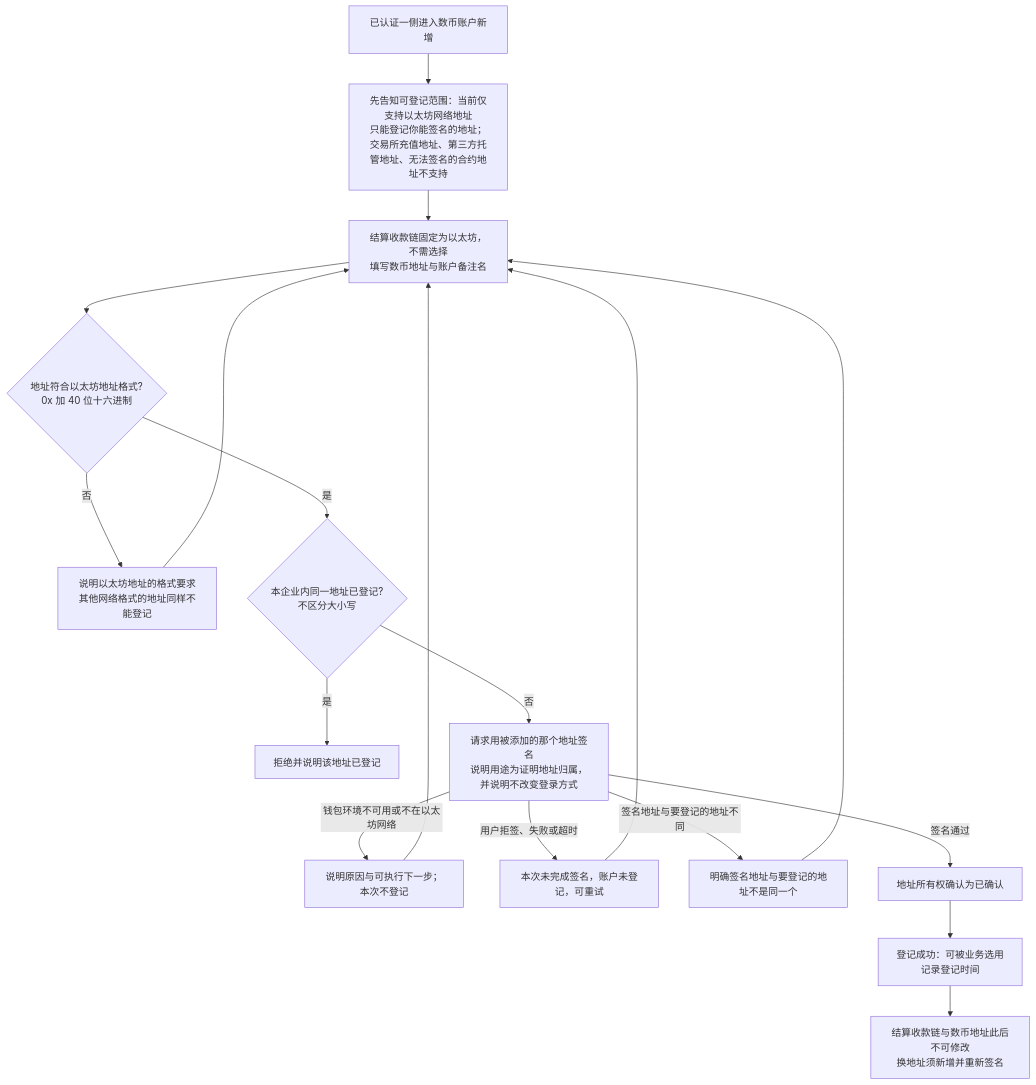
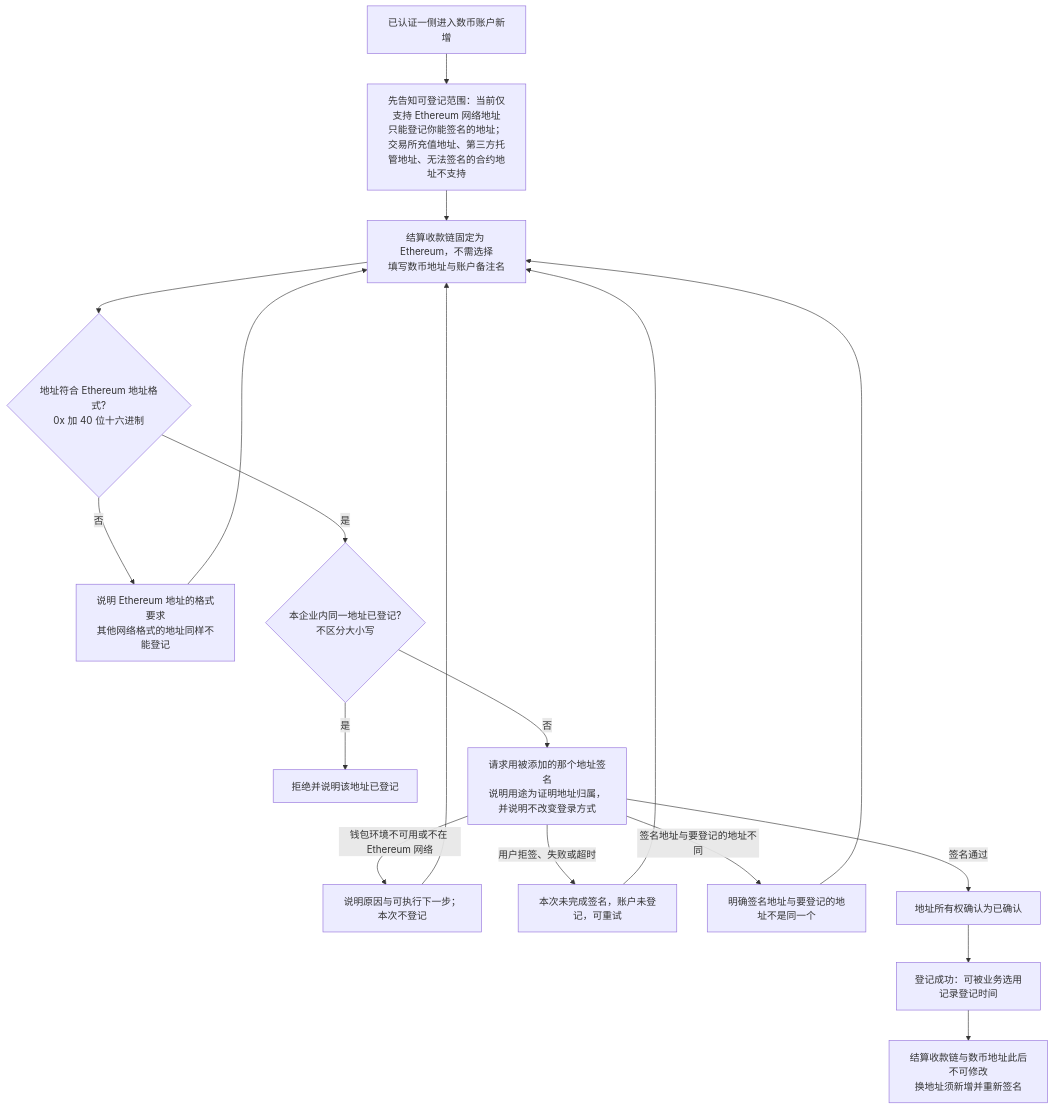
One commit to wxblockchain/Chain-Financing changed the third of 7 diagrams in lending-platform/PRD/面客端/03-企业账户/02-企业账户-流程图与状态机.md. Above: the diagram before and after it, drawn with Mermaid. The commit also changed other lines of this file and 15 other files, not shown here.

````diff
--- a/lending-platform/PRD/面客端/03-企业账户/02-企业账户-流程图与状态机.md
+++ b/lending-platform/PRD/面客端/03-企业账户/02-企业账户-流程图与状态机.md
@@ -74,20 +74,20 @@
 ```mermaid
 flowchart TD
-    A[已认证一侧进入数币账户新增] --> B[先告知可登记范围：当前仅支持以太坊网络地址<br/>只能登记你能签名的地址；交易所充值地址、第三方托管地址、无法签名的合约地址不支持]
-    B --> D[结算收款链固定为以太坊，不需选择<br/>填写数币地址与账户备注名]
-    D --> E{地址符合以太坊地址格式?<br/>0x 加 40 位十六进制}
-    E -->|否| F[说明以太坊地址的格式要求<br/>其他网络格式的地址同样不能登记]
+    A[已认证一侧进入数币账户新增] --> B[先告知可登记范围：当前仅支持 Ethereum 网络地址<br/>只能登记你能签名的地址；交易所充值地址、第三方托管地址、无法签名的合约地址不支持]
+    B --> D[结算收款链固定为 Ethereum，不需选择<br/>填写数币地址与账户备注名]
+    D --> E{地址符合 Ethereum 地址格式?<br/>0x 加 40 位十六进制}
+    E -->|否| F[说明 Ethereum 地址的格式要求<br/>其他网络格式的地址同样不能登记]
     F --> D
     E -->|是| G{本企业内同一地址已登记?<br/>不区分大小写}
     G -->|是| H[拒绝并说明该地址已登记]
     G -->|否| I[请求用被添加的那个地址签名<br/>说明用途为证明地址归属，并说明不改变登录方式]
-    I -->|钱包环境不可用或不在以太坊网络| J[说明原因与可执行下一步；本次不登记]
+    I -->|钱包环境不可用或不在 Ethereum 网络| J[说明原因与可执行下一步；本次不登记]
     I -->|用户拒签、失败或超时| K[本次未完成签名，账户未登记，可重试]
     I -->|签名地址与要登记的地址不同| L[明确签名地址与要登记的地址不是同一个]
     J --> D
     K --> D
     L --> D
     I -->|签名通过| M[地址所有权确认为已确认]
     M --> N[登记成功：可被业务选用<br/>记录登记时间]
     N --> O[结算收款链与数币地址此后不可修改<br/>换地址须新增并重新签名]
 ```
````
